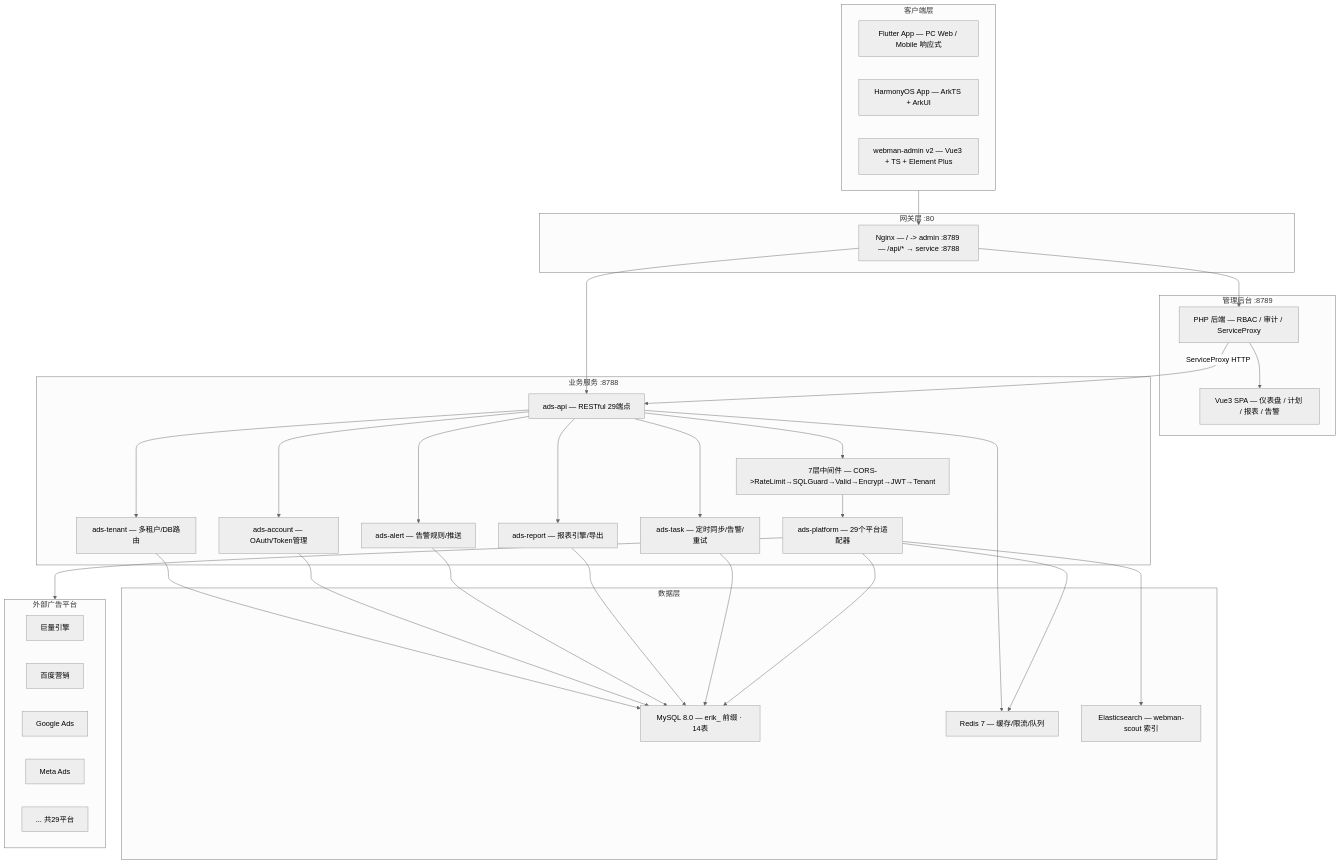
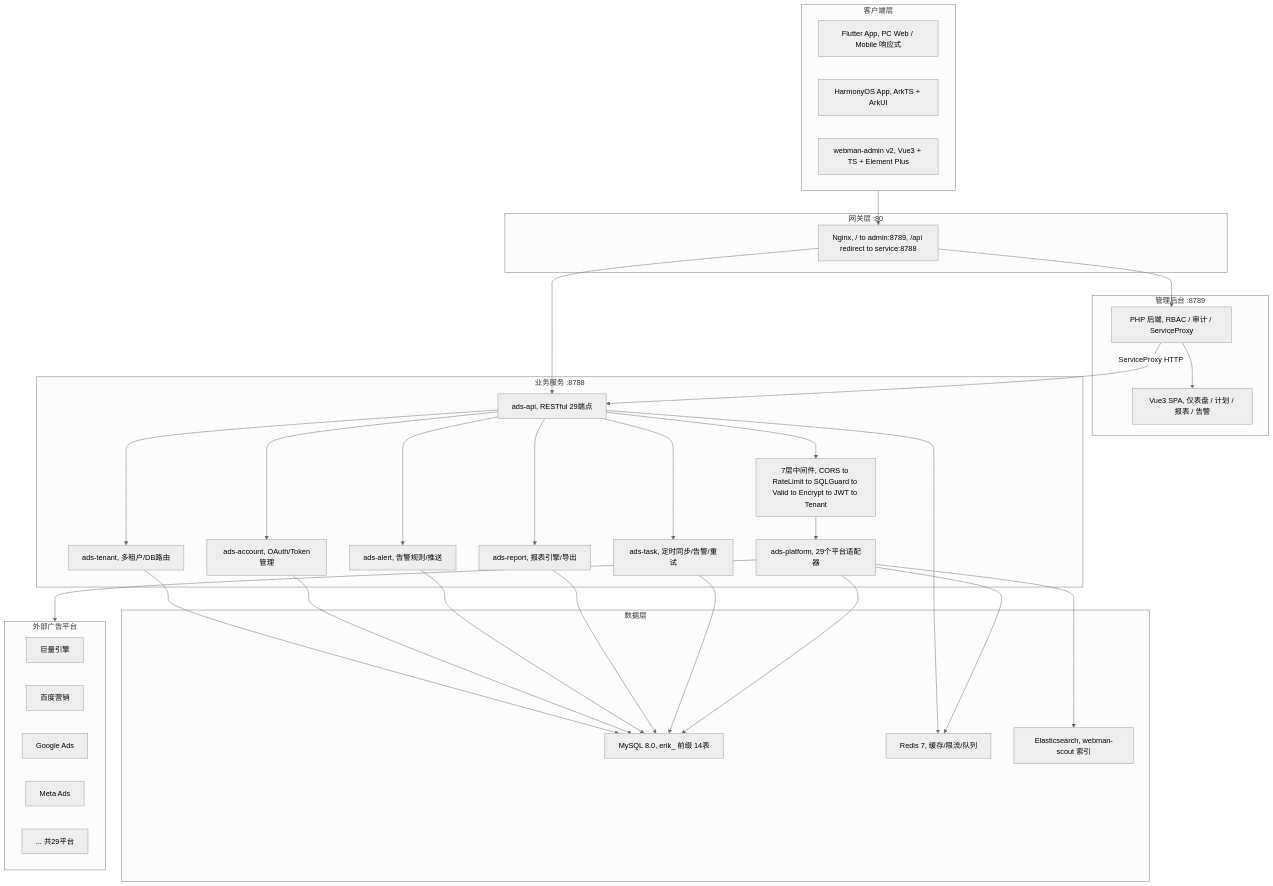
The first of 8 diagrams in docs/superpowers/specs/2026-05-14-ads-platform-design.md (erikwang2013/ads-php), drawn with Mermaid (neutral theme) before and after one commit. The commit also changed other lines of this file and 1 other file, not shown here.

First line of the commit message:
fix: remove all special chars from Mermaid labels for GitHub rendering

````diff
--- a/docs/superpowers/specs/2026-05-14-ads-platform-design.md
+++ b/docs/superpowers/specs/2026-05-14-ads-platform-design.md
@@ -35,65 +35,65 @@
 ```mermaid
 graph TB
     subgraph Clients["客户端层"]
-        Flutter["Flutter App — PC Web / Mobile 响应式"]
-        HarmonyOS["HarmonyOS App — ArkTS + ArkUI"]
-        AdminUI["webman-admin v2 — Vue3 + TS + Element Plus"]
+        Flutter["Flutter App, PC Web / Mobile 响应式"]
+        HarmonyOS["HarmonyOS App, ArkTS + ArkUI"]
+        AdminUI["webman-admin v2, Vue3 + TS + Element Plus"]
     end
 
     subgraph Gateway["网关层 :80"]
-        Nginx["Nginx — / -> admin :8789 — /api/* → service :8788"]
+        Nginx["Nginx, / to admin:8789, /api redirect to service:8788"]
     end
 
     subgraph Admin["管理后台 :8789"]
-        AdminPHP["PHP 后端 — RBAC / 审计 / ServiceProxy"]
-        AdminSPA["Vue3 SPA — 仪表盘 / 计划 / 报表 / 告警"]
+        AdminPHP["PHP 后端, RBAC / 审计 / ServiceProxy"]
+        AdminSPA["Vue3 SPA, 仪表盘 / 计划 / 报表 / 告警"]
     end
 
     subgraph Service["业务服务 :8788"]
-        API["ads-api — RESTful 29端点"]
-        Middleware["7层中间件 — CORS->RateLimit→SQLGuard→Valid→Encrypt→JWT→Tenant"]
-        Platform["ads-platform — 29个平台适配器"]
-        Task["ads-task — 定时同步/告警/重试"]
-        Report["ads-report — 报表引擎/导出"]
-        Alert["ads-alert — 告警规则/推送"]
-        Account["ads-account — OAuth/Token管理"]
-        Tenant["ads-tenant — 多租户/DB路由"]
+        API["ads-api, RESTful 29端点"]
+        Middleware["7层中间件, CORS to RateLimit to SQLGuard to Valid to Encrypt to JWT to Tenant"]
+        Platform["ads-platform, 29个平台适配器"]
+        Task["ads-task, 定时同步/告警/重试"]
+        Report["ads-report, 报表引擎/导出"]
+        Alert["ads-alert, 告警规则/推送"]
+        Account["ads-account, OAuth/Token管理"]
+        Tenant["ads-tenant, 多租户/DB路由"]
     end
 
     subgraph Data["数据层"]
-        MySQL["MySQL 8.0 — erik_ 前缀 · 14表"]
-        Redis["Redis 7 — 缓存/限流/队列"]
-        ES["Elasticsearch — webman-scout 索引"]
+        MySQL["MySQL 8.0, erik_ 前缀 14表"]
+        Redis["Redis 7, 缓存/限流/队列"]
+        ES["Elasticsearch, webman-scout 索引"]
     end
 
     subgraph External["外部广告平台"]
         Juliang["巨量引擎"]
         Baidu["百度营销"]
         Google["Google Ads"]
         Meta["Meta Ads"]
         Others["... 共29平台"]
     end
 
     Clients --> Nginx
     Nginx --> AdminPHP
     Nginx --> API
     AdminPHP --> AdminSPA
     AdminPHP -->|ServiceProxy HTTP| API
     API --> Middleware
     Middleware --> Platform
     Platform --> External
     API --> Task
     API --> Report
     API --> Alert
     API --> Account
     API --> Tenant
     Platform --> MySQL
     Task --> MySQL
     Report --> MySQL
     Alert --> MySQL
     Account --> MySQL
     Tenant --> MySQL
     Platform --> Redis
     API --> Redis
     Platform --> ES
 ```
````
